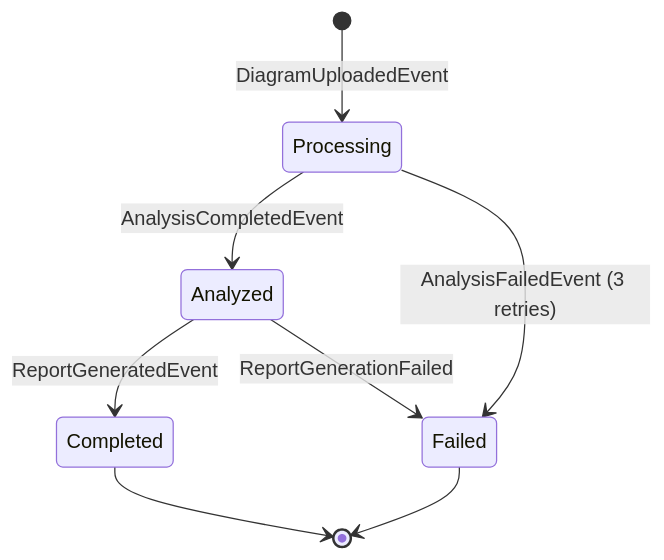
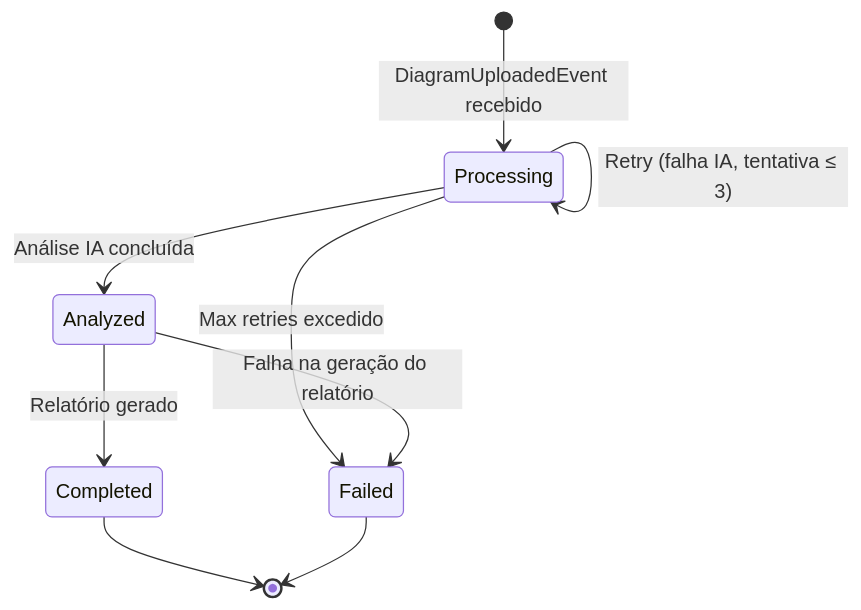
The sixth of 7 diagrams in README.md (ArchLens-Fiap/archlens-orchestrator-service), drawn with Mermaid before and after one commit. The commit also changed other lines of this file, not shown here.

````diff
--- a/README.md
+++ b/README.md
@@ -19,10 +253,11 @@
 ```mermaid
 stateDiagram-v2
-    [*] --> Processing : DiagramUploadedEvent
-    Processing --> Analyzed : AnalysisCompletedEvent
-    Processing --> Failed : AnalysisFailedEvent (3 retries)
-    Analyzed --> Completed : ReportGeneratedEvent
-    Analyzed --> Failed : ReportGenerationFailed
+    [*] --> Processing: DiagramUploadedEvent recebido
+    Processing --> Analyzed: Análise IA concluída
+    Processing --> Processing: Retry (falha IA, tentativa ≤ 3)
+    Processing --> Failed: Max retries excedido
+    Analyzed --> Completed: Relatório gerado
+    Analyzed --> Failed: Falha na geração do relatório
     Completed --> [*]
     Failed --> [*]
 ```
````
